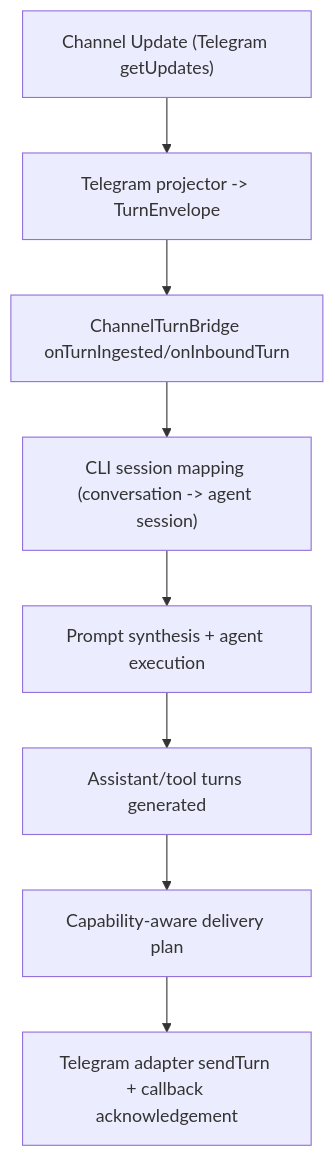
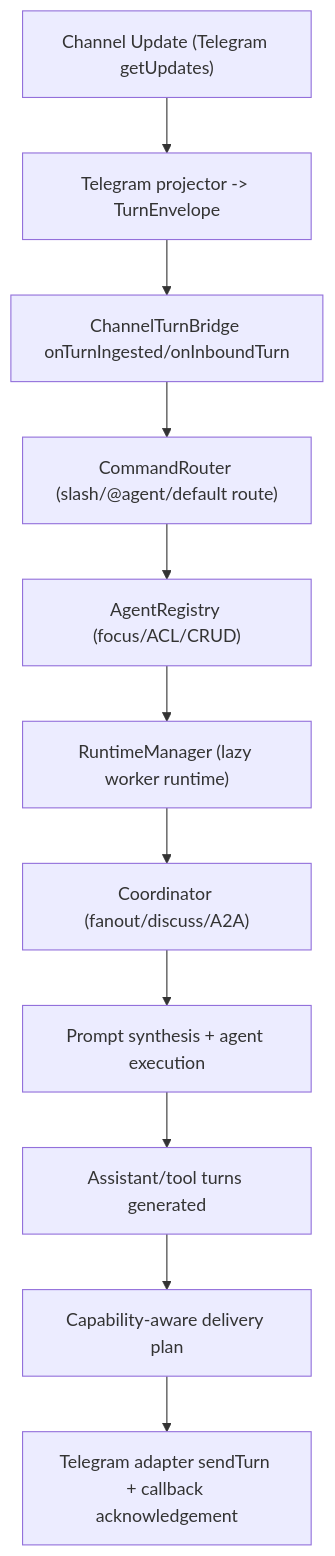
Before and after one commit to arcthur/brewva: the diagram in docs/journeys/channel-gateway-and-turn-flow.md, drawn with Mermaid. The commit also changed other lines of this file and 46 other files, not shown here.

````diff
--- a/docs/journeys/channel-gateway-and-turn-flow.md
+++ b/docs/journeys/channel-gateway-and-turn-flow.md
@@ -9,10 +9,13 @@
 ```mermaid
 flowchart TD
   A["Channel Update (Telegram getUpdates)"] --> B["Telegram projector -> TurnEnvelope"]
   B --> C["ChannelTurnBridge onTurnIngested/onInboundTurn"]
-  C --> D["CLI session mapping (conversation -> agent session)"]
-  D --> E["Prompt synthesis + agent execution"]
-  E --> F["Assistant/tool turns generated"]
-  F --> G["Capability-aware delivery plan"]
-  G --> H["Telegram adapter sendTurn + callback acknowledgement"]
+  C --> D["CommandRouter (slash/@agent/default route)"]
+  D --> E["AgentRegistry (focus/ACL/CRUD)"]
+  E --> F["RuntimeManager (lazy worker runtime)"]
+  F --> G["Coordinator (fanout/discuss/A2A)"]
+  G --> H["Prompt synthesis + agent execution"]
+  H --> I["Assistant/tool turns generated"]
+  I --> J["Capability-aware delivery plan"]
+  J --> K["Telegram adapter sendTurn + callback acknowledgement"]
 ```
````
